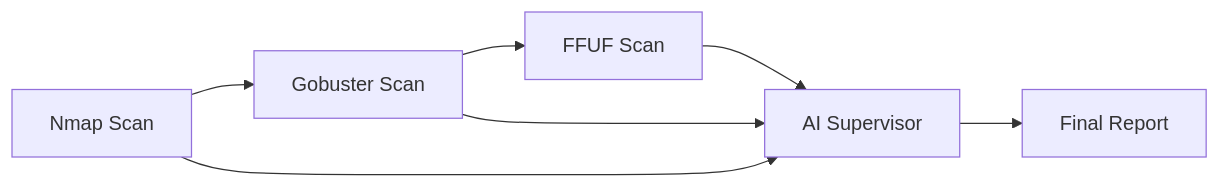
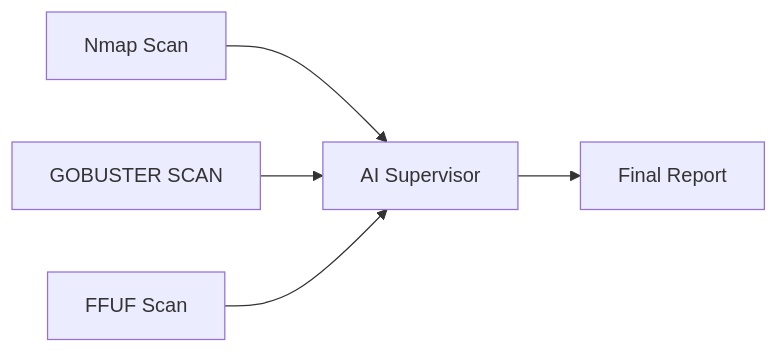
Before and after one commit to NitinReddy-A/HackOps_Recon: the diagram in README.md, drawn with Mermaid.

````diff
--- a/README.md
+++ b/README.md
@@ -100,9 +100,7 @@
 ```mermaid
 graph LR
-    A[Nmap Scan] --> B[Gobuster Scan]
-    B -->C[FFUF Scan]
-    C --> D[AI Supervisor]
-    B --> D
-    A --> D
+    A[Nmap Scan] --> D[AI Supervisor]
+    B[GOBUSTER SCAN] --> D
+    C[FFUF Scan] --> D
     D --> E[Final Report]
 ```
````
